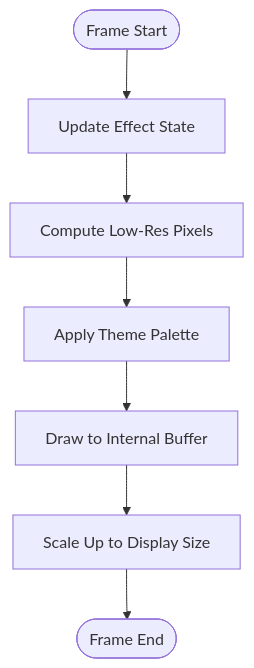
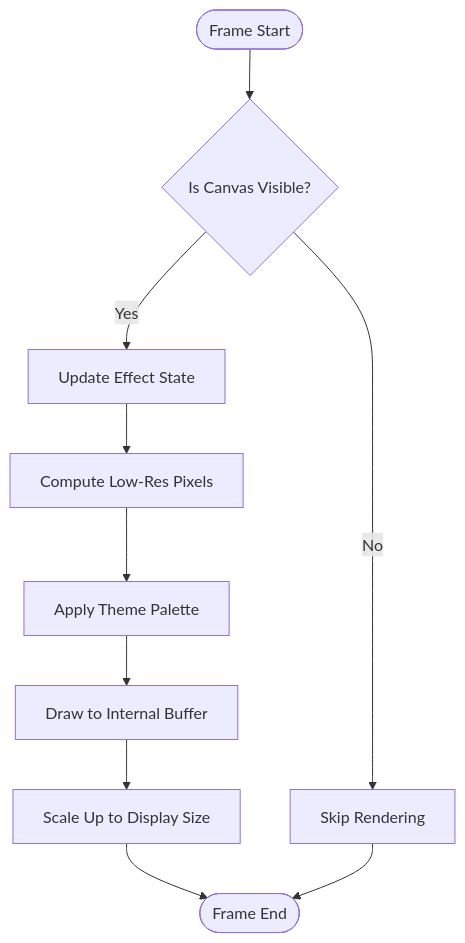
One commit to HassanAmeer/cheaprouter changed the fifth of 7 diagrams in .qoder/repowiki/en/content/Frontend Architecture/Component Library/Visualization Components.md. Above: the diagram before and after it, drawn with Mermaid. The commit also changed other lines of this file and 54 other files, not shown here.

````diff
--- a/.qoder/repowiki/en/content/Frontend Architecture/Component Library/Visualization Components.md
+++ b/.qoder/repowiki/en/content/Frontend Architecture/Component Library/Visualization Components.md
@@ -230,9 +267,12 @@
 ```mermaid
 flowchart TD
-Start(["Frame Start"]) --> UpdateState["Update Effect State"]
+Start(["Frame Start"]) --> CheckVisibility{"Is Canvas Visible?"}
+CheckVisibility --> |Yes| UpdateState["Update Effect State"]
+CheckVisibility --> |No| SkipRender["Skip Rendering"]
 UpdateState --> ComputePixels["Compute Low-Res Pixels"]
 ComputePixels --> ApplyPalette["Apply Theme Palette"]
 ApplyPalette --> DrawBuffer["Draw to Internal Buffer"]
 DrawBuffer --> ScaleUp["Scale Up to Display Size"]
 ScaleUp --> End(["Frame End"])
+SkipRender --> End
 ```
````
